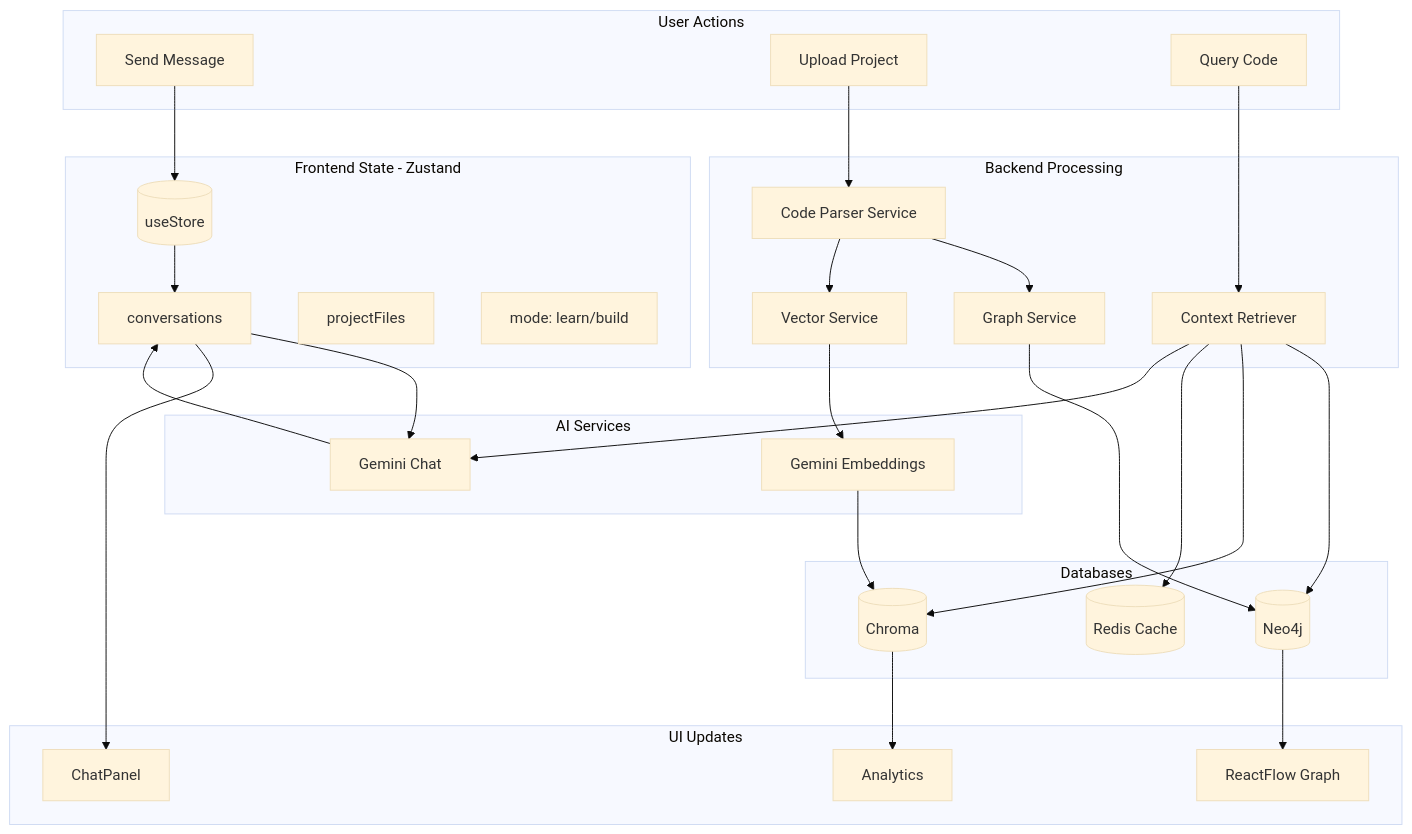
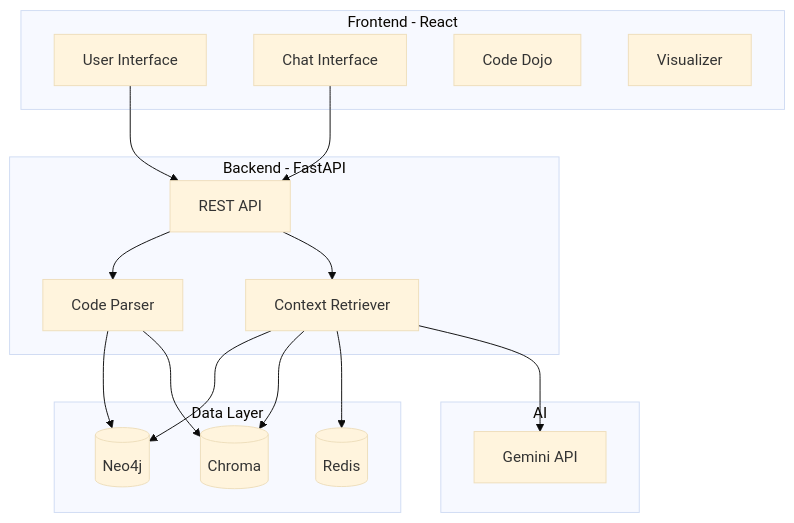
Before and after one commit to Ishan-K9868/socraticDev-final: the diagram in README.md, drawn with Mermaid (base theme). The commit also changed other lines of this file, not shown here.

````diff
--- a/README.md
+++ b/README.md
@@ -486,63 +128,36 @@
 ```mermaid
-flowchart TB
-    subgraph "User Actions"
-        MSG[Send Message]
-        UPLOAD[Upload Project]
-        QUERY[Query Code]
+graph TB
+    subgraph "Frontend - React"
+        UI[User Interface]
+        CHAT[Chat Interface]
+        DOJO[Code Dojo]
+        VIZ[Visualizer]
     end
 
-    subgraph "Frontend State - Zustand"
-        STORE[(useStore)]
-        CONV[conversations]
-        FILES[projectFiles]
-        MODE[mode: learn/build]
+    subgraph "Backend - FastAPI"
+        API[REST API]
+        PARSE[Code Parser]
+        CONTEXT[Context Retriever]
     end
 
-    subgraph "Backend Processing"
-        PARSE_SVC[Code Parser Service]
-        GRAPH_SVC[Graph Service]
-        VECTOR_SVC[Vector Service]
-        CONTEXT_SVC[Context Retriever]
+    subgraph "Data Layer"
+        NEO4J[(Neo4j)]
+        CHROMA[(Chroma)]
+        REDIS[(Redis)]
     end
 
-    subgraph "Databases"
-        NEO4J[(Neo4j)]
-        CHROMA[(Chroma)]
-        REDIS[(Redis Cache)]
+    subgraph "AI"
+        GEMINI[Gemini API]
     end
 
-    subgraph "AI Services"
-        GEMINI_EMBED[Gemini Embeddings]
-        GEMINI_CHAT[Gemini Chat]
-    end
-
-    subgraph "UI Updates"
-        CHAT_UI[ChatPanel]
-        GRAPH_UI[ReactFlow Graph]
-        METRICS_UI[Analytics]
-    end
-
-    MSG --> STORE
-    STORE --> CONV
-
-    UPLOAD --> PARSE_SVC
-    PARSE_SVC --> GRAPH_SVC
-    PARSE_SVC --> VECTOR_SVC
-
-    GRAPH_SVC --> NEO4J
-    VECTOR_SVC --> GEMINI_EMBED
-    GEMINI_EMBED --> CHROMA
-
-    QUERY --> CONTEXT_SVC
-    CONTEXT_SVC --> NEO4J
-    CONTEXT_SVC --> CHROMA
-    CONTEXT_SVC --> REDIS
-
-    CONV --> GEMINI_CHAT
-    CONTEXT_SVC --> GEMINI_CHAT
-
-    GEMINI_CHAT --> CONV
-    NEO4J --> GRAPH_UI
-    CHROMA --> METRICS_UI
-    CONV --> CHAT_UI
+    UI --> API
+    CHAT --> API
+    API --> PARSE
+    API --> CONTEXT
+    PARSE --> NEO4J
+    PARSE --> CHROMA
+    CONTEXT --> NEO4J
+    CONTEXT --> CHROMA
+    CONTEXT --> REDIS
+    CONTEXT --> GEMINI
 ```
````
